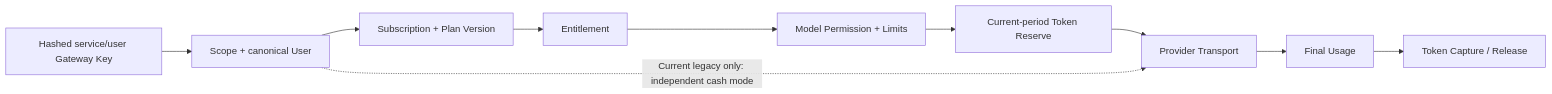
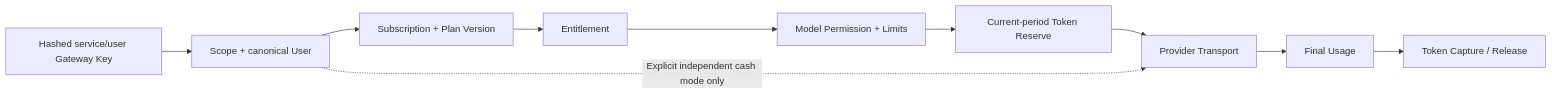
One commit to glide-the/dream-im-platform changed the diagram in docs/prd/modules/05-gateway.md. Above: the diagram before and after it, drawn with Mermaid. The commit also changed other lines of this file and 130 other files, not shown here.

````diff
--- a/docs/prd/modules/05-gateway.md
+++ b/docs/prd/modules/05-gateway.md
@@ -33,11 +33,11 @@
 ```mermaid
 flowchart LR
   K["Hashed service/user Gateway Key"] --> Q["Scope + canonical User"]
   Q --> S["Subscription + Plan Version"] --> E["Entitlement"]
   E --> M["Model Permission + Limits"]
   M --> B["Current-period Token Reserve"]
   B --> P["Provider Transport"]
   P --> U["Final Usage"]
   U --> C["Token Capture / Release"]
-  Q -. "Current legacy only: independent cash mode" .-> P
+  Q -. "Explicit independent cash mode only" .-> P
 ```
````
